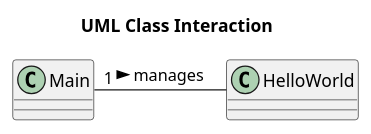
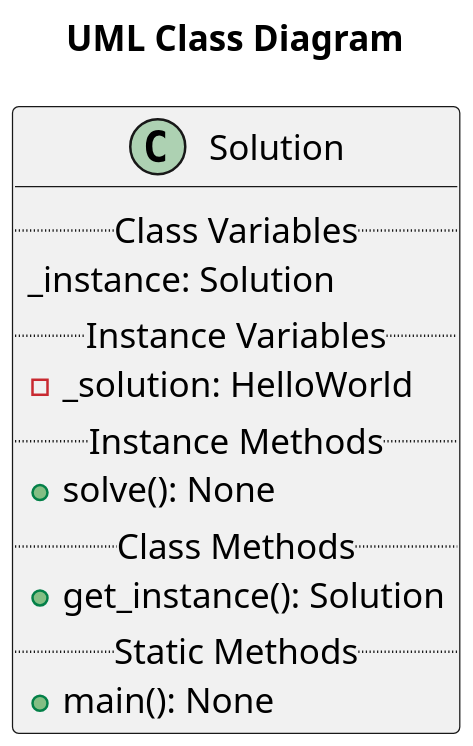
The diagram in demo-assignments/A0-OOP/hello/uml/solution.plantuml (rambasnet/Object-Oriented-Programming-Design-Patterns), drawn with PlantUML before and after one commit. The commit also changed 74 other files, not shown here.

```diff
--- a/demo-assignments/A0-OOP/hello/uml/solution.plantuml
+++ b/demo-assignments/A0-OOP/hello/uml/solution.plantuml
@@ -1,4 +1,16 @@
-@startuml
-title "UML Class Interaction"
-Main "1" - HelloWorld: manages >
+@startuml SolutionClass
+scale 2
+title  "UML Class Diagram"
+class Solution {
+	.. Class Variables ..
+	_instance: Solution
+	.. Instance Variables ..
+	- _solution: HelloWorld
+	.. Instance Methods ..
+	+ solve(): None
+	.. Class Methods ..
+	+ get_instance(): Solution
+	.. Static Methods ..
+	+ main(): None
+}
 @enduml
```
